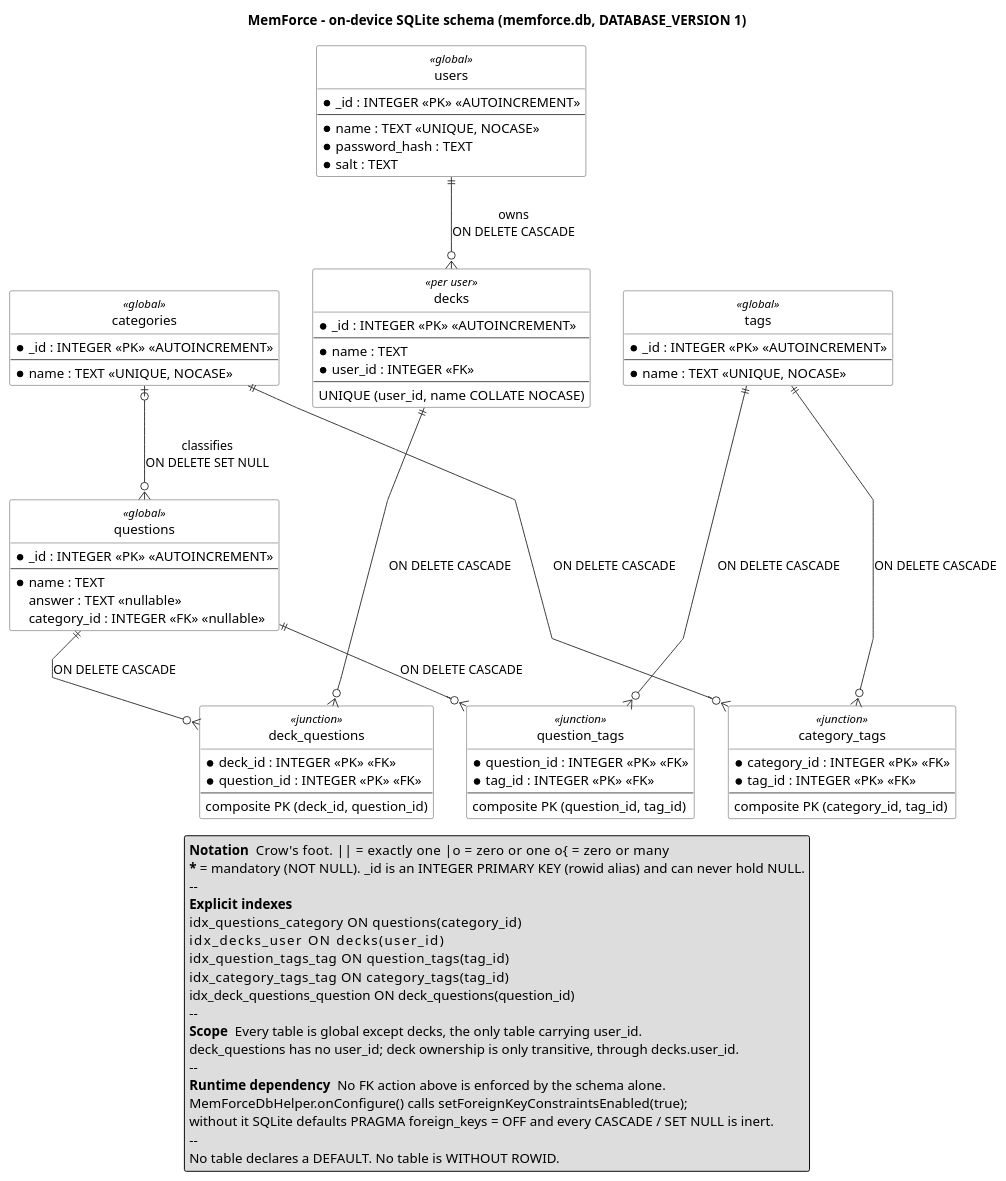
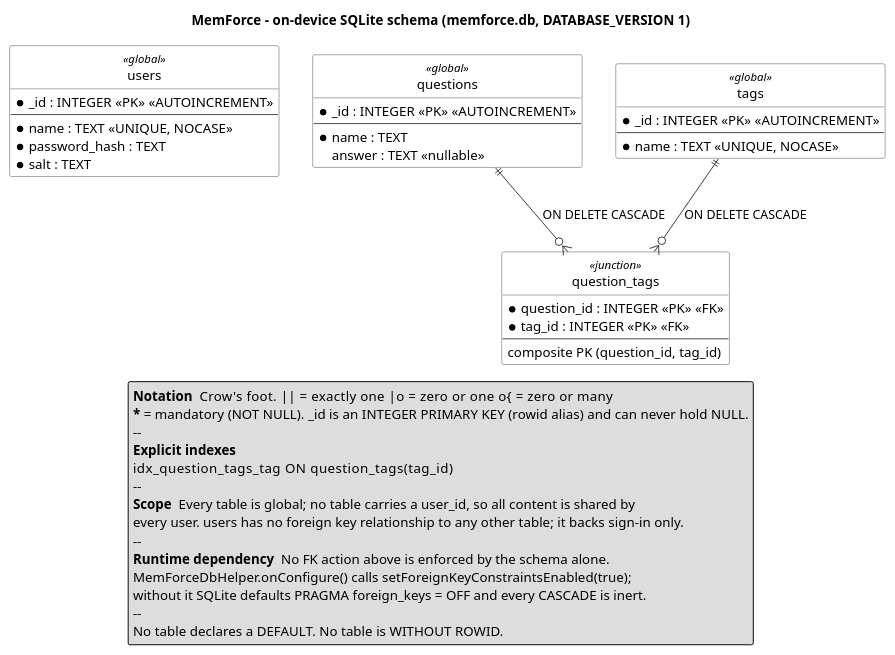
The diagram in docs/database/database-erd.puml (dimitrije-cuk/memforce), drawn with PlantUML before and after one commit. The commit also changed 21 other files, not shown here.

```diff
--- a/docs/database/database-erd.puml
+++ b/docs/database/database-erd.puml
@@ -1,127 +1,81 @@
 @startuml database-erd
 ' MemForce on-device SQLite schema.
 ' Source of truth: app/src/main/java/com/memforce/db/MemForceDbHelper.java (onCreate)
 ' Identifiers resolved through app/src/main/java/com/memforce/db/DbContract.java.
 ' The entity tables implement android.provider.BaseColumns, so the key column is "_id", not "id".
 
 hide circle
 ' polyline keeps each ON DELETE label attached to its own edge; ortho routing
 ' strands them against the right margin on this graph.
 skinparam linetype polyline
 skinparam shadowing false
 skinparam roundcorner 4
 skinparam class {
   BackgroundColor White
   BorderColor #444444
   ArrowColor #333333
 }
 
 title MemForce - on-device SQLite schema (memforce.db, DATABASE_VERSION 1)
 
 ' ============================ identity / auth ============================
 together {
   entity "users" as users <<global>> {
     * _id : INTEGER <<PK>> <<AUTOINCREMENT>>
     --
     * name : TEXT <<UNIQUE, NOCASE>>
     * password_hash : TEXT
     * salt : TEXT
   }
 }
 
 ' ============================ content ============================
 together {
-  entity "categories" as categories <<global>> {
-    * _id : INTEGER <<PK>> <<AUTOINCREMENT>>
-    --
-    * name : TEXT <<UNIQUE, NOCASE>>
-  }
-
   entity "questions" as questions <<global>> {
     * _id : INTEGER <<PK>> <<AUTOINCREMENT>>
     --
     * name : TEXT
     answer : TEXT <<nullable>>
-    category_id : INTEGER <<FK>> <<nullable>>
   }
 
   entity "tags" as tags <<global>> {
     * _id : INTEGER <<PK>> <<AUTOINCREMENT>>
     --
     * name : TEXT <<UNIQUE, NOCASE>>
-  }
-
-  entity "decks" as decks <<per user>> {
-    * _id : INTEGER <<PK>> <<AUTOINCREMENT>>
-    --
-    * name : TEXT
-    * user_id : INTEGER <<FK>>
-    --
-    UNIQUE (user_id, name COLLATE NOCASE)
   }
 }
 
 ' ============================ junction / bridge ============================
 together {
   entity "question_tags" as question_tags <<junction>> {
     * question_id : INTEGER <<PK>> <<FK>>
     * tag_id : INTEGER <<PK>> <<FK>>
     --
     composite PK (question_id, tag_id)
   }
-
-  entity "category_tags" as category_tags <<junction>> {
-    * category_id : INTEGER <<PK>> <<FK>>
-    * tag_id : INTEGER <<PK>> <<FK>>
-    --
-    composite PK (category_id, tag_id)
-  }
-
-  entity "deck_questions" as deck_questions <<junction>> {
-    * deck_id : INTEGER <<PK>> <<FK>>
-    * question_id : INTEGER <<PK>> <<FK>>
-    --
-    composite PK (deck_id, question_id)
-  }
 }
 
 ' ============================ relationships ============================
-' user_id is NOT NULL -> every deck has exactly one owner.
-users ||--o{ decks : "owns\nON DELETE CASCADE"
-
-' category_id is nullable -> a question may exist with no category.
-categories |o--o{ questions : "classifies\nON DELETE SET NULL"
-
 ' Both junction columns are NOT NULL, so both parent sides are mandatory.
 questions ||--o{ question_tags : "ON DELETE CASCADE"
 tags      ||--o{ question_tags : "ON DELETE CASCADE"
-
-categories ||--o{ category_tags : "ON DELETE CASCADE"
-tags       ||--o{ category_tags : "ON DELETE CASCADE"
-
-decks     ||--o{ deck_questions : "ON DELETE CASCADE"
-questions ||--o{ deck_questions : "ON DELETE CASCADE"
 
 ' ============================ notes ============================
 legend bottom
   <b>Notation</b>  Crow's foot.  || = exactly one   |o = zero or one   o{ = zero or many
   <b>*</b> = mandatory (NOT NULL).  _id is an INTEGER PRIMARY KEY (rowid alias) and can never hold NULL.
   --
   <b>Explicit indexes</b>
-  idx_questions_category      ON questions(category_id)
-  idx_decks_user              ON decks(user_id)
   idx_question_tags_tag       ON question_tags(tag_id)
-  idx_category_tags_tag       ON category_tags(tag_id)
-  idx_deck_questions_question ON deck_questions(question_id)
   --
-  <b>Scope</b>  Every table is global except decks, the only table carrying user_id.
-  deck_questions has no user_id; deck ownership is only transitive, through decks.user_id.
+  <b>Scope</b>  Every table is global; no table carries a user_id, so all content is shared by
+  every user. users has no foreign key relationship to any other table; it backs sign-in only.
   --
   <b>Runtime dependency</b>  No FK action above is enforced by the schema alone.
   MemForceDbHelper.onConfigure() calls setForeignKeyConstraintsEnabled(true);
-  without it SQLite defaults PRAGMA foreign_keys = OFF and every CASCADE / SET NULL is inert.
+  without it SQLite defaults PRAGMA foreign_keys = OFF and every CASCADE is inert.
   --
   No table declares a DEFAULT. No table is WITHOUT ROWID.
 endlegend
 
 @enduml
```
